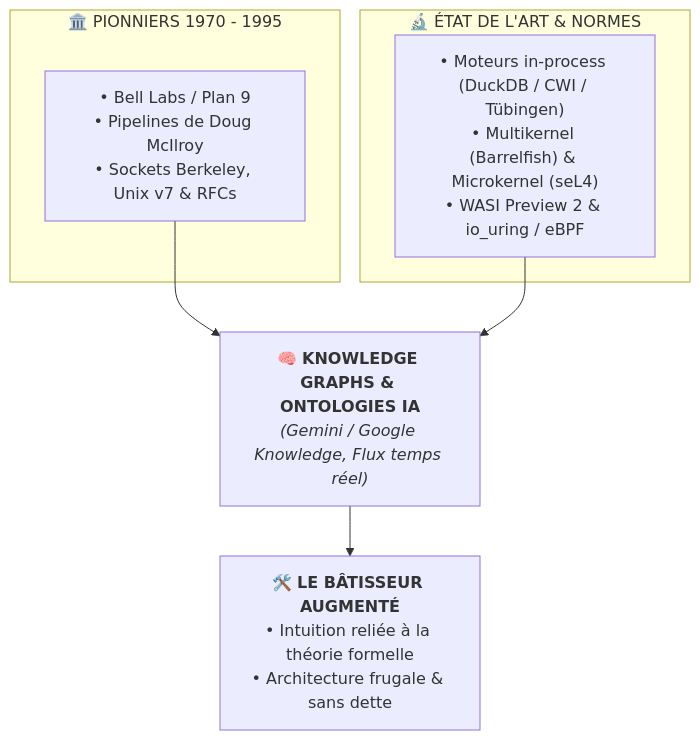
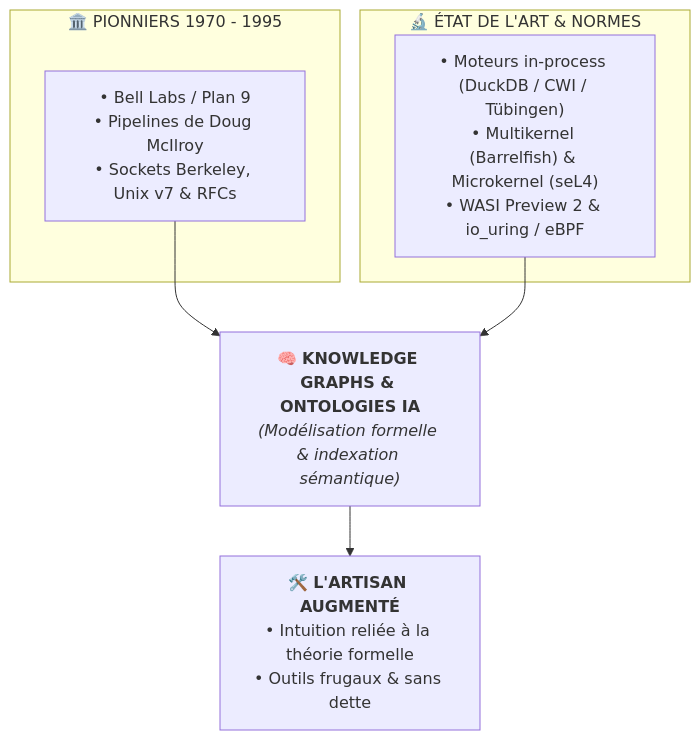
The sixth of 10 diagrams in content/posts/2026-09-19-ai-exoskelton-for-builders-not-oracle.fr.md (gpineda-dev/gpineda-dev.github.io), drawn with Mermaid before and after one commit. The commit also changed other lines of this file and 1 other file, not shown here.

````diff
--- a/content/posts/2026-09-19-ai-exoskelton-for-builders-not-oracle.fr.md
+++ b/content/posts/2026-09-19-ai-exoskelton-for-builders-not-oracle.fr.md
@@ -275,12 +273,12 @@
 ```mermaid
 flowchart TD
     subgraph Past["🏛️ PIONNIERS 1970 - 1995"]
         P1["• Bell Labs / Plan 9<br>• Pipelines de Doug McIlroy<br>• Sockets Berkeley, Unix v7 & RFCs"]
     end
     subgraph Future["🔬 ÉTAT DE L'ART & NORMES"]
         F1["• Moteurs in-process (DuckDB / CWI / Tübingen)<br>• Multikernel (Barrelfish) & Microkernel (seL4)<br>• WASI Preview 2 & io_uring / eBPF"]
     end
-    P1 --> KG["🧠 <b>KNOWLEDGE GRAPHS & ONTOLOGIES IA</b><br><i>(Gemini / Google Knowledge, Flux temps réel)</i>"]
+    P1 --> KG["🧠 <b>KNOWLEDGE GRAPHS & ONTOLOGIES IA</b><br><i>(Modélisation formelle & indexation sémantique)</i>"]
     F1 --> KG
-    KG --> Builder["🛠️ <b>LE BÂTISSEUR AUGMENTÉ</b><br>• Intuition reliée à la théorie formelle<br>• Architecture frugale & sans dette"]
+    KG --> Builder["🛠️ <b>L'ARTISAN AUGMENTÉ</b><br>• Intuition reliée à la théorie formelle<br>• Outils frugaux & sans dette"]
 ```
````
